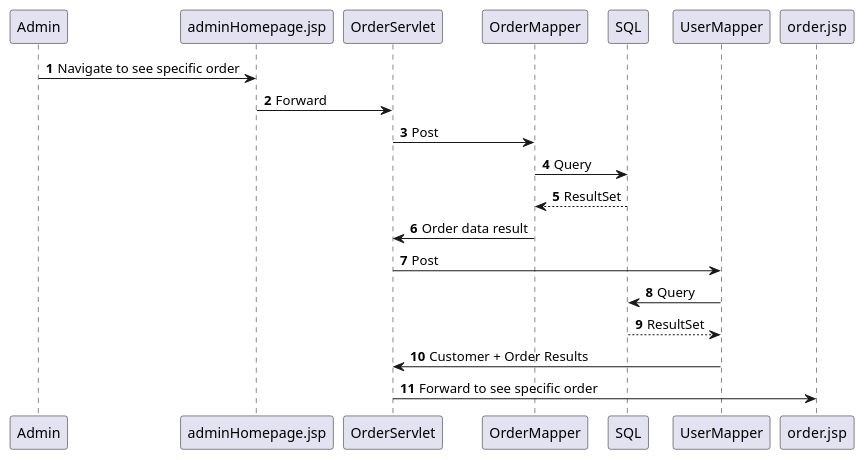
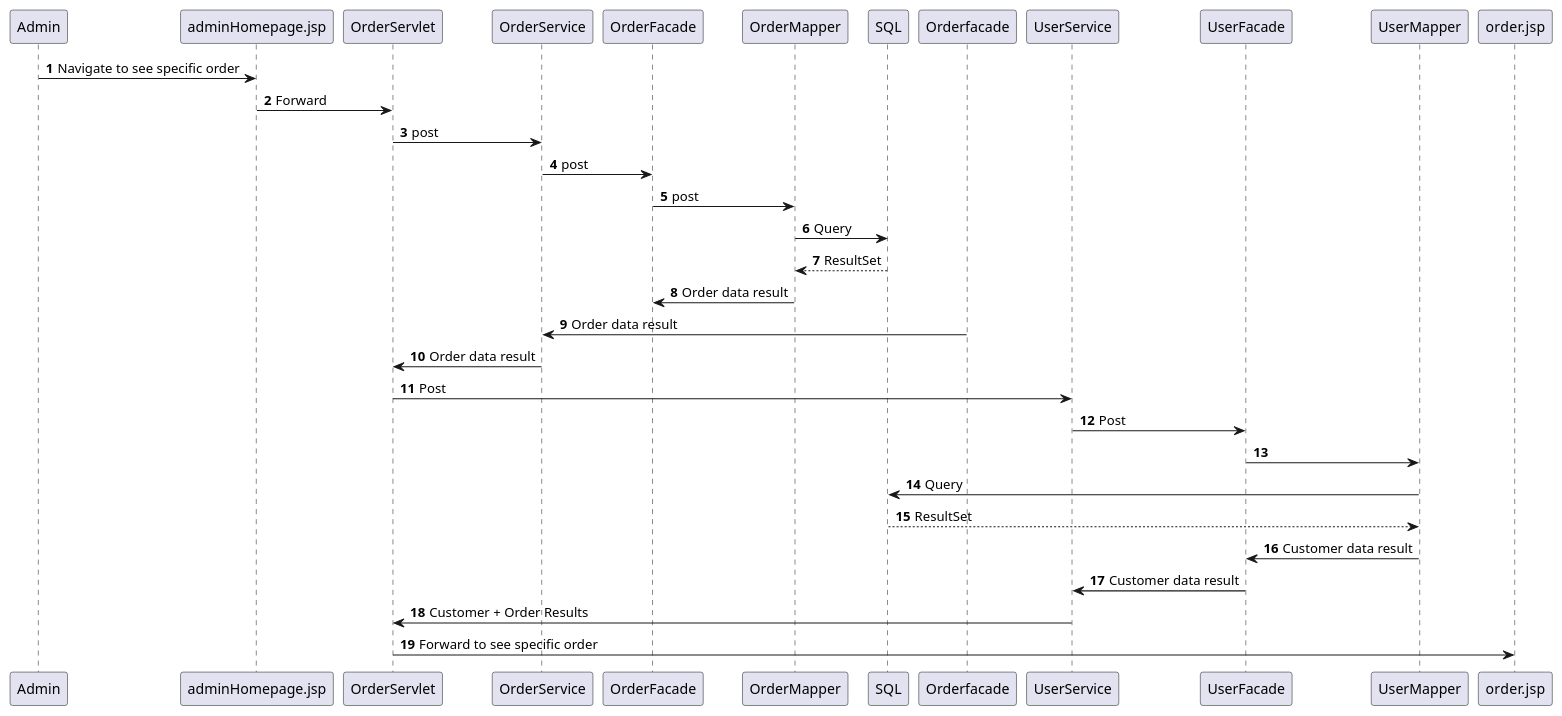
The diagram in documentation/SqAdminSeeOrder.puml (HeinLarsen/fog-carport), drawn with PlantUML before and after one commit.

Commit message:
Fixed SeeOrder nav diagram

```diff
--- a/documentation/SqAdminSeeOrder.puml
+++ b/documentation/SqAdminSeeOrder.puml
@@ -1,18 +1,26 @@
 @startuml
 'https://plantuml.com/sequence-diagram
 
 autonumber
 
 Admin -> adminHomepage.jsp: Navigate to see specific order
 adminHomepage.jsp -> OrderServlet: Forward
-OrderServlet -> OrderMapper: Post
+OrderServlet -> OrderService: post
+OrderService -> OrderFacade: post
+OrderFacade -> OrderMapper: post
 OrderMapper -> SQL: Query
 SQL --> OrderMapper: ResultSet
-OrderMapper -> OrderServlet: Order data result
-OrderServlet -> UserMapper: Post
+OrderMapper -> OrderFacade: Order data result
+Orderfacade -> OrderService: Order data result
+OrderService -> OrderServlet: Order data result
+OrderServlet -> UserService: Post
+UserService -> UserFacade: Post
+UserFacade -> UserMapper
 UserMapper -> SQL: Query
 SQL --> UserMapper: ResultSet
-UserMapper -> OrderServlet: Customer + Order Results
+UserMapper -> UserFacade: Customer data result
+UserFacade -> UserService: Customer data result
+UserService -> OrderServlet: Customer + Order Results
 OrderServlet -> order.jsp: Forward to see specific order
 
 @enduml
```
